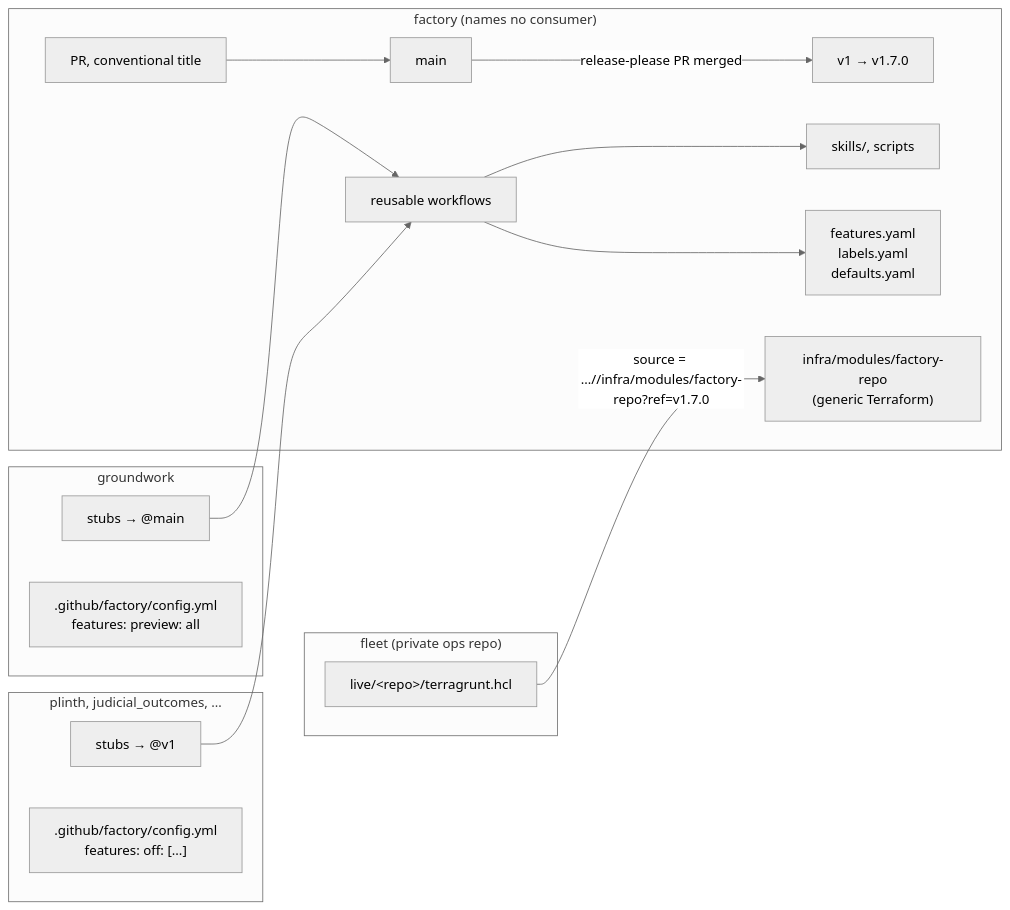
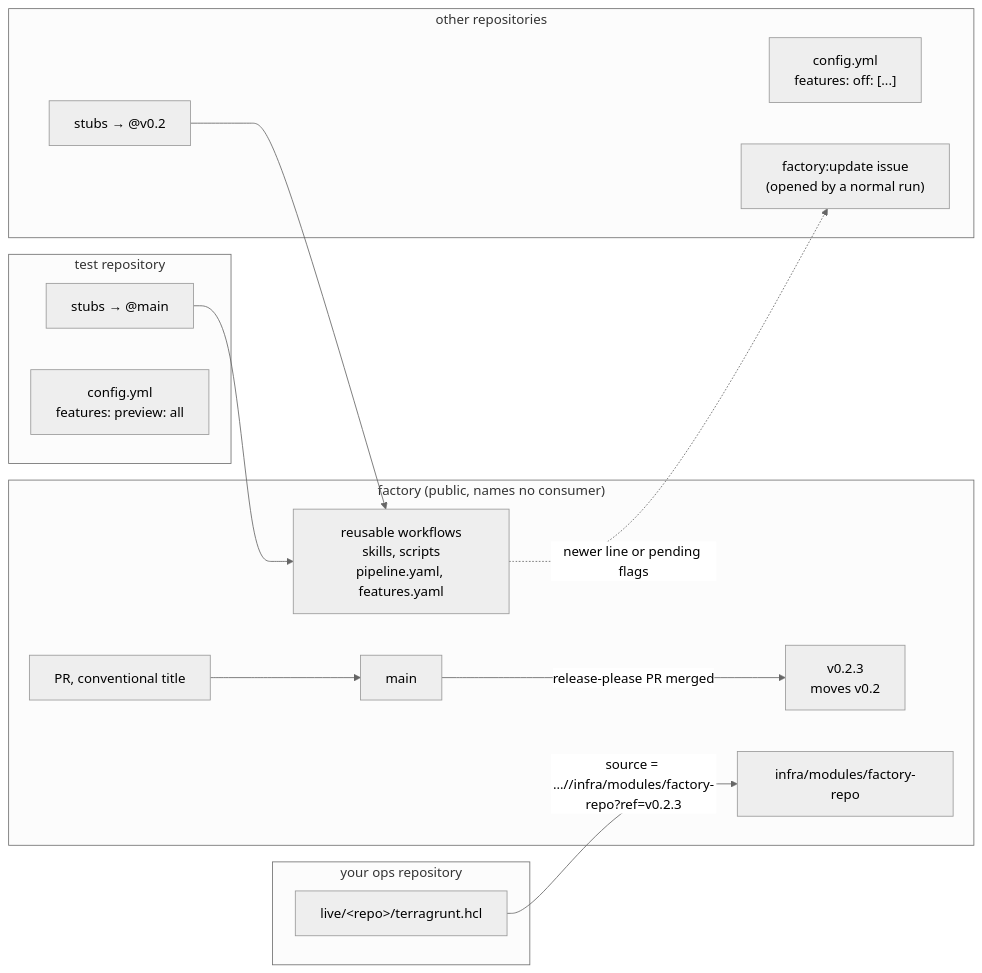
The diagram in docs/rollout.md (spdolan/factory), drawn with Mermaid (neutral theme) before and after one commit. The commit also changed other lines of this file and 17 other files, not shown here.

First line of the commit message:
chore: remove references to consuming repositories; move per-repo infra out

````diff
--- a/docs/rollout.md
+++ b/docs/rollout.md
@@ -36,27 +35,25 @@
 ```mermaid
 flowchart LR
-  subgraph factory["factory (names no consumer)"]
+  subgraph factory["factory (public, names no consumer)"]
     PR["PR, conventional title"] --> Main["main"]
-    Main -->|"release-please PR merged"| V1["v1 → v1.7.0"]
-    RW["reusable workflows"]
-    Skills["skills/, scripts"]
-    Flags["features.yaml<br/>labels.yaml<br/>defaults.yaml"]
-    Mod["infra/modules/factory-repo<br/>(generic Terraform)"]
+    Main -->|"release-please PR merged"| Rel["v0.2.3<br/>moves v0.2"]
+    RW["reusable workflows<br/>skills, scripts<br/>pipeline.yaml, features.yaml"]
+    Mod["infra/modules/factory-repo"]
   end
-  subgraph gw["groundwork"]
-    GWStub["stubs → @main"]
-    GWCfg[".github/factory/config.yml<br/>features: preview: all"]
+  subgraph test["test repository"]
+    TStub["stubs → @main"]
+    TCfg["config.yml<br/>features: preview: all"]
   end
-  subgraph other["plinth, judicial_outcomes, …"]
-    Stub["stubs → @v1"]
-    Cfg[".github/factory/config.yml<br/>features: off: [...]"]
+  subgraph other["other repositories"]
+    Stub["stubs → @v0.2"]
+    Cfg["config.yml<br/>features: off: [...]"]
+    Upd["factory:update issue<br/>(opened by a normal run)"]
   end
-  subgraph fleet["fleet (private ops repo)"]
+  subgraph ops["your ops repository"]
     Live["live/&lt;repo&gt;/terragrunt.hcl"]
   end
-  GWStub --> RW
+  TStub --> RW
   Stub --> RW
-  RW --> Skills
-  RW --> Flags
-  Live -->|"source = …//infra/modules/factory-repo?ref=v1.7.0"| Mod
+  RW -. "newer line or pending flags" .-> Upd
+  Live -->|"source = …//infra/modules/factory-repo?ref=v0.2.3"| Mod
 ```
````
